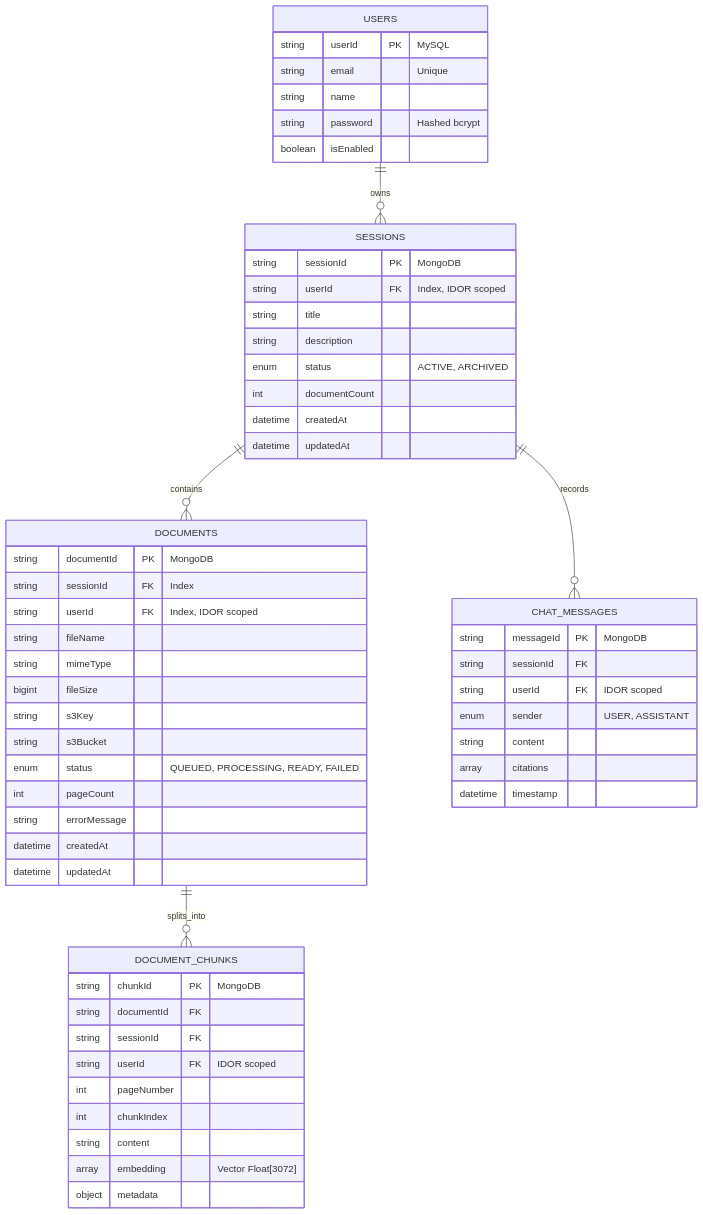
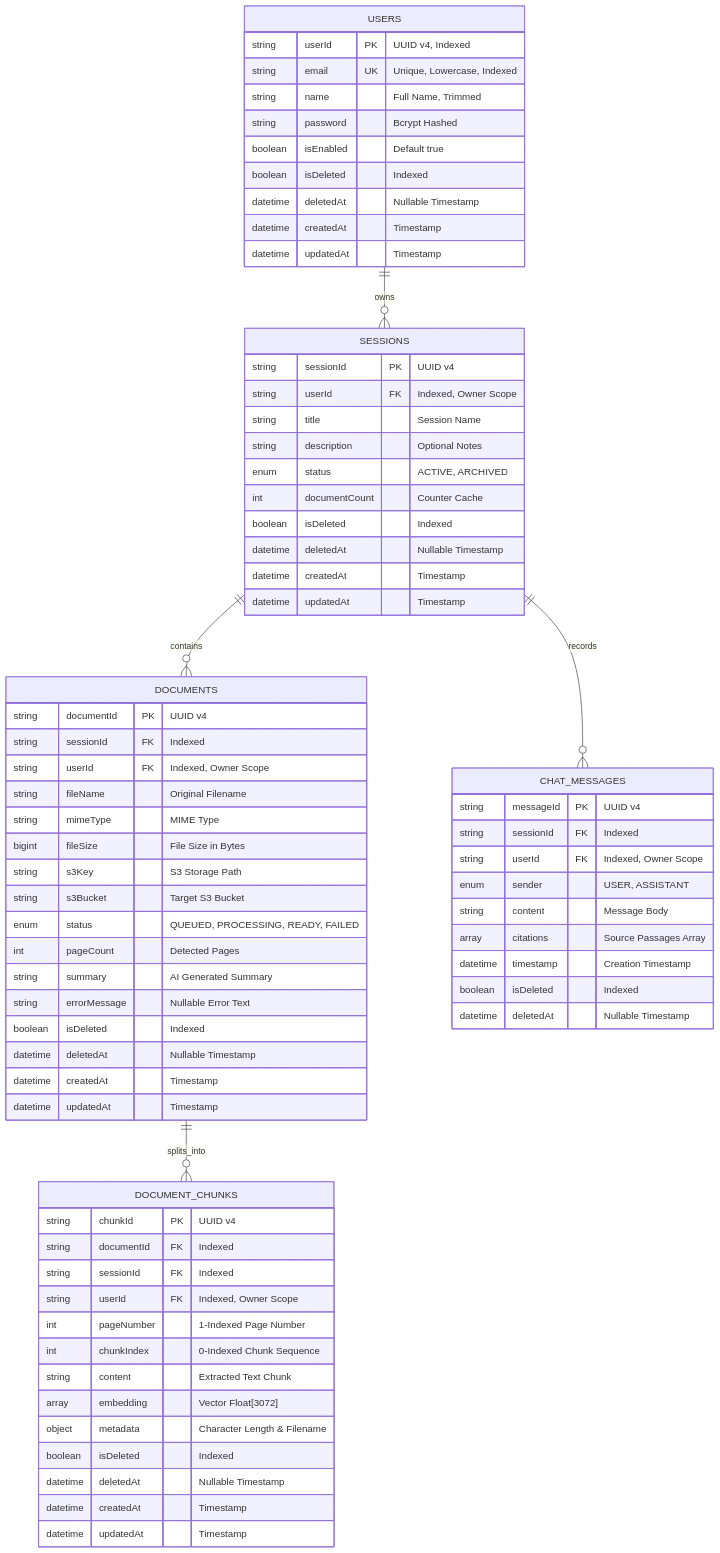
One commit to Mohim-Singla/document_processor changed the second of 3 diagrams in BE_TRD.md. Above: the diagram before and after it, drawn with Mermaid. The commit also changed other lines of this file and 2 other files, not shown here.

````diff
--- a/BE_TRD.md
+++ b/BE_TRD.md
@@ -40,64 +62,79 @@
 ```mermaid
 erDiagram
     USERS ||--o{ SESSIONS : owns
     SESSIONS ||--o{ DOCUMENTS : contains
     DOCUMENTS ||--o{ DOCUMENT_CHUNKS : splits_into
     SESSIONS ||--o{ CHAT_MESSAGES : records
 
     USERS {
-        string userId PK "MySQL"
-        string email "Unique"
-        string name
-        string password "Hashed bcrypt"
-        boolean isEnabled
+        string userId PK "UUID v4, Indexed"
+        string email UK "Unique, Lowercase, Indexed"
+        string name "Full Name, Trimmed"
+        string password "Bcrypt Hashed"
+        boolean isEnabled "Default true"
+        boolean isDeleted "Indexed"
+        datetime deletedAt "Nullable Timestamp"
+        datetime createdAt "Timestamp"
+        datetime updatedAt "Timestamp"
     }
 
     SESSIONS {
-        string sessionId PK "MongoDB"
-        string userId FK "Index, IDOR scoped"
-        string title
-        string description
+        string sessionId PK "UUID v4"
+        string userId FK "Indexed, Owner Scope"
+        string title "Session Name"
+        string description "Optional Notes"
         enum status "ACTIVE, ARCHIVED"
-        int documentCount
-        datetime createdAt
-        datetime updatedAt
+        int documentCount "Counter Cache"
+        boolean isDeleted "Indexed"
+        datetime deletedAt "Nullable Timestamp"
+        datetime createdAt "Timestamp"
+        datetime updatedAt "Timestamp"
     }
 
     DOCUMENTS {
-        string documentId PK "MongoDB"
-        string sessionId FK "Index"
-        string userId FK "Index, IDOR scoped"
-        string fileName
-        string mimeType
-        bigint fileSize
-        string s3Key
-        string s3Bucket
+        string documentId PK "UUID v4"
+        string sessionId FK "Indexed"
+        string userId FK "Indexed, Owner Scope"
+        string fileName "Original Filename"
+        string mimeType "MIME Type"
+        bigint fileSize "File Size in Bytes"
+        string s3Key "S3 Storage Path"
+        string s3Bucket "Target S3 Bucket"
         enum status "QUEUED, PROCESSING, READY, FAILED"
-        int pageCount
-        string errorMessage
-        datetime createdAt
-        datetime updatedAt
+        int pageCount "Detected Pages"
+        string summary "AI Generated Summary"
+        string errorMessage "Nullable Error Text"
+        boolean isDeleted "Indexed"
+        datetime deletedAt "Nullable Timestamp"
+        datetime createdAt "Timestamp"
+        datetime updatedAt "Timestamp"
     }
 
     DOCUMENT_CHUNKS {
-        string chunkId PK "MongoDB"
-        string documentId FK
-        string sessionId FK
-        string userId FK "IDOR scoped"
-        int pageNumber
-        int chunkIndex
-        string content
+        string chunkId PK "UUID v4"
+        string documentId FK "Indexed"
+        string sessionId FK "Indexed"
+        string userId FK "Indexed, Owner Scope"
+        int pageNumber "1-Indexed Page Number"
+        int chunkIndex "0-Indexed Chunk Sequence"
+        string content "Extracted Text Chunk"
         array embedding "Vector Float[3072]"
-        object metadata
+        object metadata "Character Length & Filename"
+        boolean isDeleted "Indexed"
+        datetime deletedAt "Nullable Timestamp"
+        datetime createdAt "Timestamp"
+        datetime updatedAt "Timestamp"
     }
 
     CHAT_MESSAGES {
-        string messageId PK "MongoDB"
-        string sessionId FK
-        string userId FK "IDOR scoped"
+        string messageId PK "UUID v4"
+        string sessionId FK "Indexed"
+        string userId FK "Indexed, Owner Scope"
         enum sender "USER, ASSISTANT"
-        string content
-        array citations
-        datetime timestamp
+        string content "Message Body"
+        array citations "Source Passages Array"
+        datetime timestamp "Creation Timestamp"
+        boolean isDeleted "Indexed"
+        datetime deletedAt "Nullable Timestamp"
     }
 ```
````
